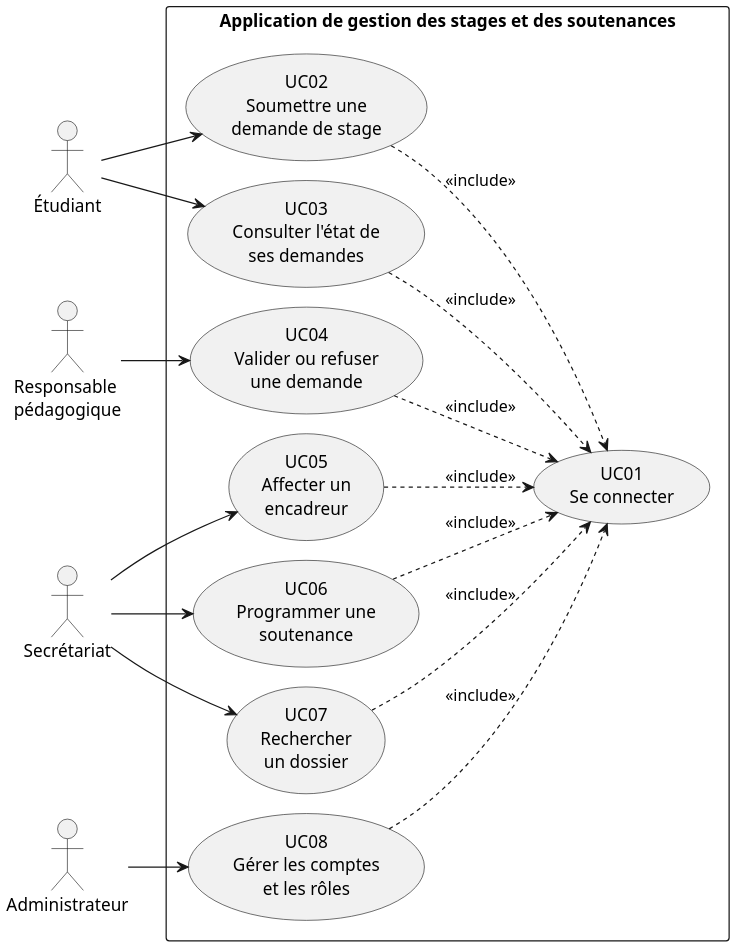
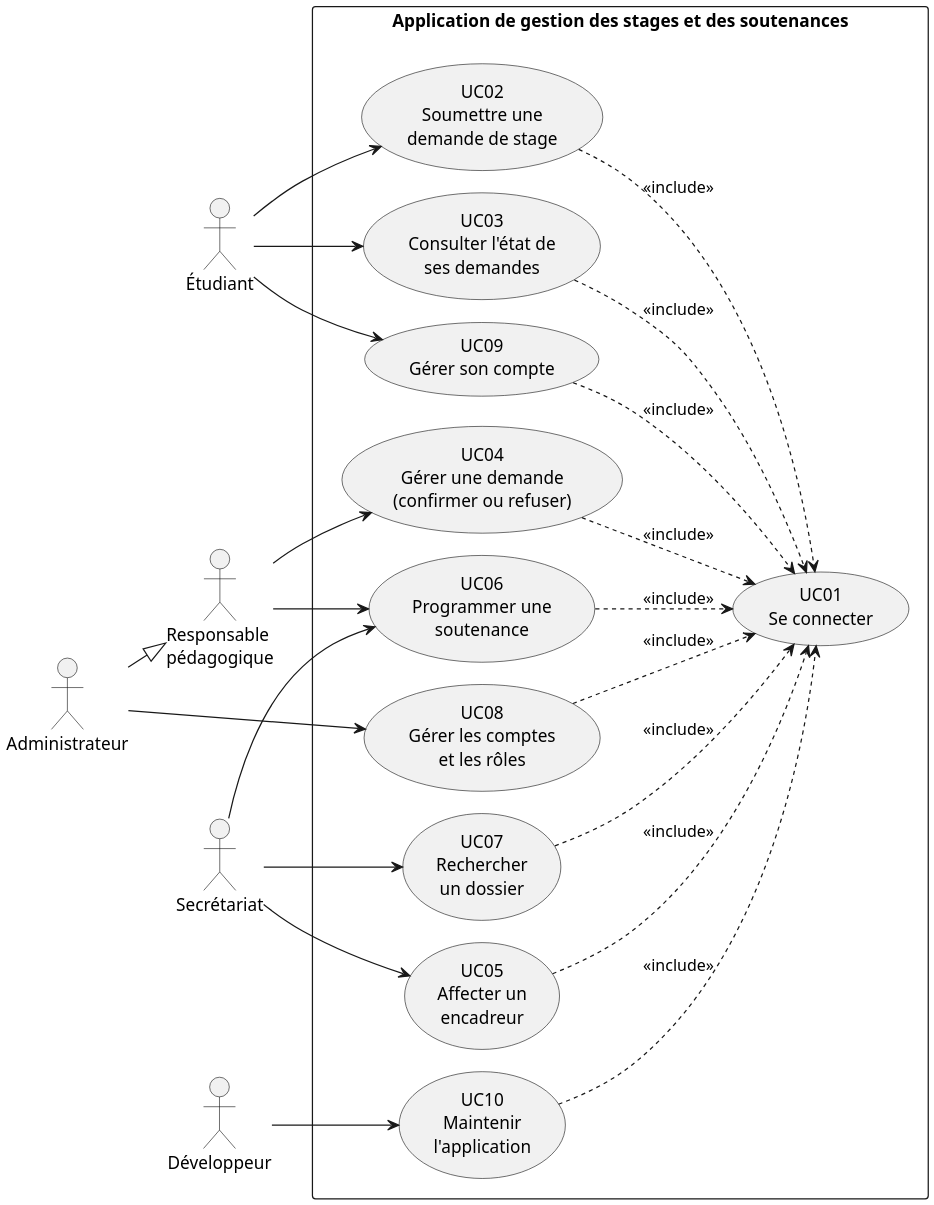
Before and after one commit to Shirley-sys-25/Application-Web-de-gestion-des-stages-et-des-soutenances-universitaires: the diagram in TP3/cas_usage.puml, drawn with PlantUML. The commit also changed 5 other files, not shown here.

First line of the commit message:
Met à jour le diagramme de cas d'usage (TP3)

```diff
--- a/TP3/cas_usage.puml
+++ b/TP3/cas_usage.puml
@@ -1,44 +1,63 @@
 @startuml cas_usage
 ' Diagramme de cas d'utilisation - TP3 - Projet informatique 2
-' UC01 est inclus par tous les autres cas : aucun acces sans session.
+' Version fusionnée : socle TP3 + acteur Développeur / maintenance.
+' UC01 est inclus par tous les cas métier : aucun accès sans session.
 skinparam dpi 200
 skinparam monochrome true
 skinparam shadowing false
 skinparam defaultFontName SansSerif
 skinparam packageStyle rectangle
-skinparam nodesep 16
-skinparam ranksep 28
+skinparam nodesep 18
+skinparam ranksep 30
 left to right direction
 
 actor "Étudiant" as E
 actor "Responsable\npédagogique" as R
 actor "Secrétariat" as S
 actor "Administrateur" as A
+actor "Développeur" as D
+
+' L'administrateur hérite des droits du responsable pédagogique.
+A --|> R
 
 rectangle "Application de gestion des stages et des soutenances" {
-  usecase "UC02\nSoumettre une\ndemande de stage" as UC1
-  usecase "UC03\nConsulter l'état de\nses demandes" as UC2
-  usecase "UC04\nValider ou refuser\nune demande" as UC3
-  usecase "UC05\nAffecter un\nencadreur" as UC4
-  usecase "UC06\nProgrammer une\nsoutenance" as UC5
-  usecase "UC07\nRechercher\nun dossier" as UC6
-  usecase "UC08\nGérer les comptes\net les rôles" as UC7
-  usecase "UC01\nSe connecter" as UC0
+  usecase "UC01\nSe connecter" as UC01
+  together {
+    usecase "UC02\nSoumettre une\ndemande de stage" as UC02
+    usecase "UC03\nConsulter l'état de\nses demandes" as UC03
+    usecase "UC09\nGérer son compte" as UC09
+  }
+  together {
+    usecase "UC04\nGérer une demande\n(confirmer ou refuser)" as UC04
+    usecase "UC06\nProgrammer une\nsoutenance" as UC06
+  }
+  together {
+    usecase "UC05\nAffecter un\nencadreur" as UC05
+    usecase "UC07\nRechercher\nun dossier" as UC07
+  }
+  usecase "UC08\nGérer les comptes\net les rôles" as UC08
+  usecase "UC10\nMaintenir\nl'application" as UC10
 }
 
-E --> UC1
-E --> UC2
-R --> UC3
-S --> UC4
-S --> UC5
-S --> UC6
-A --> UC7
+E --> UC02
+E --> UC03
+E --> UC09
+R --> UC04
+R --> UC06
+S --> UC05
+S --> UC06
+S --> UC07
+A --> UC08
+D --> UC10
 
-UC1 ..> UC0 : <<include>>
-UC2 ..> UC0 : <<include>>
-UC3 ..> UC0 : <<include>>
-UC4 ..> UC0 : <<include>>
-UC5 ..> UC0 : <<include>>
-UC6 ..> UC0 : <<include>>
-UC7 ..> UC0 : <<include>>
+' UC04 couvre les deux issues (confirmer ou refuser) ; le détail est dans le tableau du rapport.
+UC02 ..> UC01 : <<include>>
+UC03 ..> UC01 : <<include>>
+UC04 ..> UC01 : <<include>>
+UC05 ..> UC01 : <<include>>
+UC06 ..> UC01 : <<include>>
+UC07 ..> UC01 : <<include>>
+UC08 ..> UC01 : <<include>>
+UC09 ..> UC01 : <<include>>
+UC10 ..> UC01 : <<include>>
 @enduml
```
